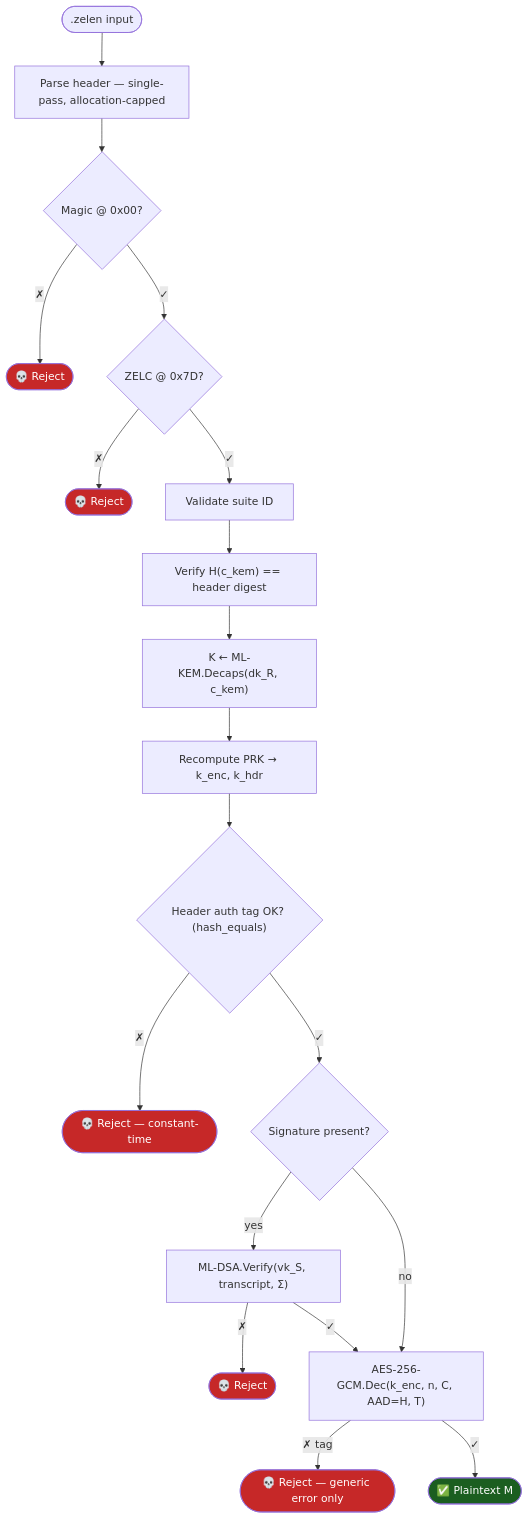
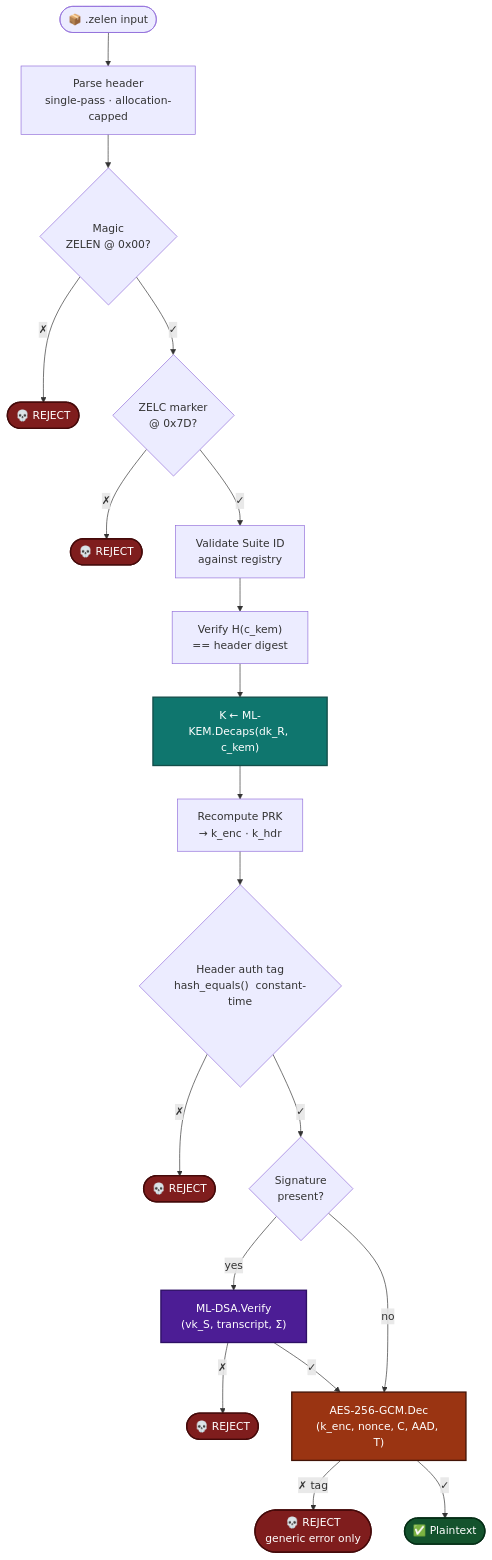
One commit to rocheston/zelen changed diagram 13 of 24 in README.md. Above: the diagram before and after it, drawn with Mermaid. The commit also changed other lines of this file, not shown here.

````diff
--- a/README.md
+++ b/README.md
@@ -239,28 +688,32 @@
 ```mermaid
 flowchart TD
-    A([".zelen input"]) --> B["Parse header — single-pass, allocation-capped"]
-    B --> C{"Magic @ 0x00?"}
-    C -- ✗ --> FAIL1([💀 Reject])
-    C -- ✓ --> D{"ZELC @ 0x7D?"}
-    D -- ✗ --> FAIL2([💀 Reject])
-    D -- ✓ --> E["Validate suite ID"]
-    E --> F["Verify H(c_kem) == header digest"]
+    A(["📦 .zelen input"]) --> B["Parse header<br/>single-pass · allocation-capped"]
+    B --> C{"Magic<br/>ZELEN @ 0x00?"}
+    C -- ✗ --> F1(["💀 REJECT"])
+    C -- ✓ --> D{"ZELC marker<br/>@ 0x7D?"}
+    D -- ✗ --> F2(["💀 REJECT"])
+    D -- ✓ --> E["Validate Suite ID<br/>against registry"]
+    E --> F["Verify H(c_kem)<br/>== header digest"]
     F --> G["K ← ML-KEM.Decaps(dk_R, c_kem)"]
-    G --> H["Recompute PRK → k_enc, k_hdr"]
-    H --> I{"Header auth tag OK? (hash_equals)"}
-    I -- ✗ --> FAIL3([💀 Reject — constant-time])
-    I -- ✓ --> J{"Signature present?"}
-    J -- yes --> K["ML-DSA.Verify(vk_S, transcript, Σ)"]
-    K -- ✗ --> FAIL4([💀 Reject])
-    K -- ✓ --> L["AES-256-GCM.Dec(k_enc, n, C, AAD=H, T)"]
+    G --> H["Recompute PRK<br/>→ k_enc · k_hdr"]
+    H --> I{"Header auth tag<br/>hash_equals()  constant-time"}
+    I -- ✗ --> F3(["💀 REJECT"])
+    I -- ✓ --> J{"Signature<br/>present?"}
+    J -- yes --> K["ML-DSA.Verify<br/>(vk_S, transcript, Σ)"]
+    K -- ✗ --> F4(["💀 REJECT"])
+    K -- ✓ --> L["AES-256-GCM.Dec<br/>(k_enc, nonce, C, AAD, T)"]
     J -- no --> L
-    L -- ✗ tag --> FAIL5([💀 Reject — generic error only])
-    L -- ✓ --> M([✅ Plaintext M])
+    L -- ✗ tag --> F5(["💀 REJECT<br/>generic error only"])
+    L -- ✓ --> M(["✅ Plaintext"])
 
-    style FAIL1 fill:#c62828,color:#fff
-    style FAIL2 fill:#c62828,color:#fff
-    style FAIL3 fill:#c62828,color:#fff
-    style FAIL4 fill:#c62828,color:#fff
-    style FAIL5 fill:#c62828,color:#fff
-    style M fill:#1b5e20,color:#fff
+    classDef danger fill:#7f1d1d,color:#fff,stroke:#450a0a,stroke-width:2px
+    classDef safe   fill:#14532d,color:#fff,stroke:#052e16,stroke-width:2px
+    classDef teal   fill:#0f766e,color:#fff,stroke:#134e4a,stroke-width:2px
+    classDef violet fill:#4c1d95,color:#fff,stroke:#2e1065,stroke-width:2px
+    classDef orange fill:#9a3412,color:#fff,stroke:#431407,stroke-width:2px
+    class F1,F2,F3,F4,F5 danger
+    class M safe
+    class G teal
+    class K violet
+    class L orange
 ```
````
